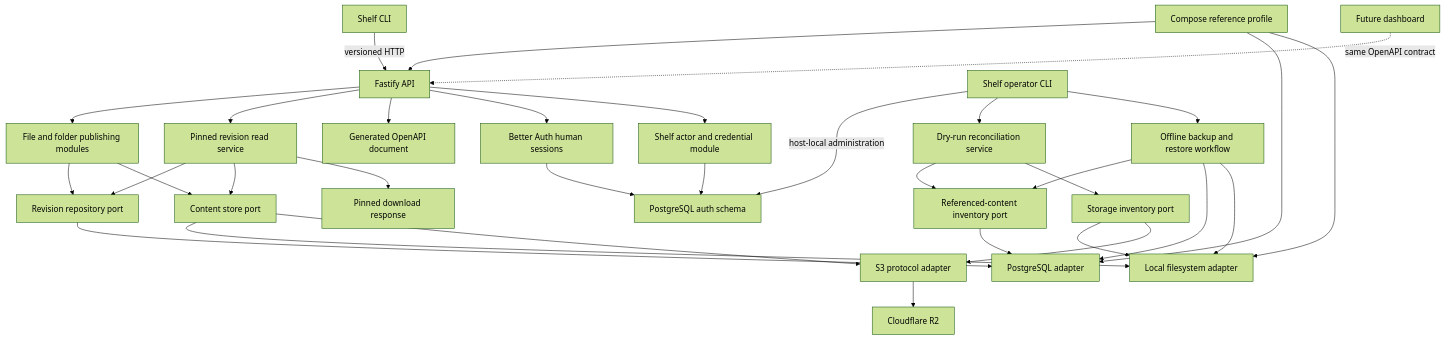
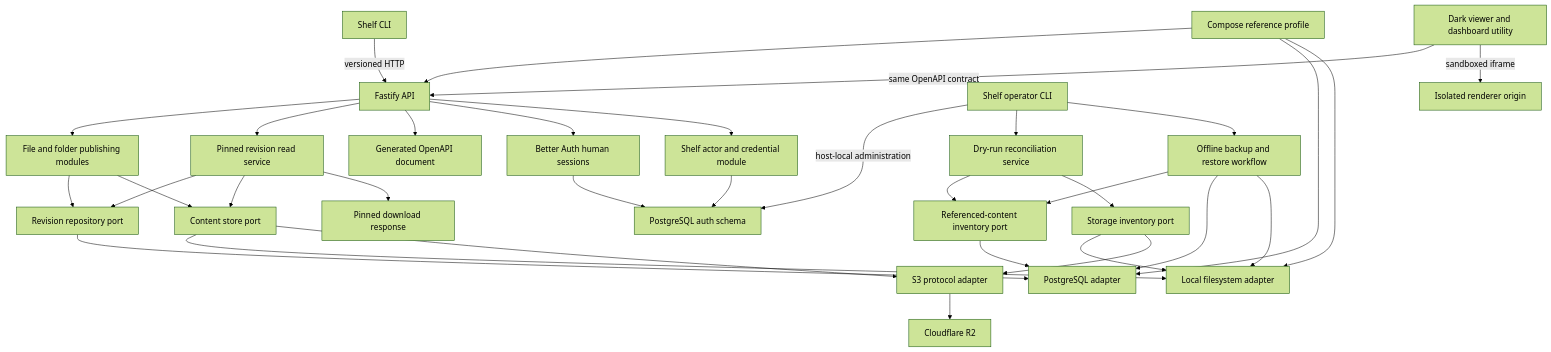
The second of 3 diagrams in docs/plans/2026-08-17-0030-feat-shelf-product-plan.md (amitray007/shelf), drawn with Mermaid (forest theme) before and after one commit. The commit also changed other lines of this file and 1 other file, not shown here.

Commit message:
docs: define secure sharing and dark web roadmap

````diff
--- a/docs/plans/2026-08-17-0030-feat-shelf-product-plan.md
+++ b/docs/plans/2026-08-17-0030-feat-shelf-product-plan.md
@@ -305,35 +307,36 @@
 ```mermaid
 flowchart TB
   CLI[Shelf CLI] -->|versioned HTTP| API[Fastify API]
   ADMIN[Shelf operator CLI] -->|host-local administration| AUTHPG
   ADMIN --> RECON[Dry-run reconciliation service]
   ADMIN --> BACKUP[Offline backup and restore workflow]
   COMPOSE[Compose reference profile] --> API
   COMPOSE --> PG
   COMPOSE --> LOCAL
-  FUTURE[Future dashboard] -.->|same OpenAPI contract| API
+  WEB[Dark viewer and dashboard utility] -->|same OpenAPI contract| API
+  WEB -->|sandboxed iframe| RENDERER[Isolated renderer origin]
   API --> APP[File and folder publishing modules]
   API --> READ[Pinned revision read service]
   APP --> META[Revision repository port]
   APP --> CONTENT[Content store port]
   READ --> META
   READ --> CONTENT
   RECON --> REFS[Referenced-content inventory port]
   RECON --> INVENTORY[Storage inventory port]
   BACKUP --> REFS
   BACKUP --> PG
   BACKUP --> LOCAL
   API --> SPEC[Generated OpenAPI document]
   API --> HUMAN[Better Auth human sessions]
   API --> ACCESS[Shelf actor and credential module]
   HUMAN --> AUTHPG[PostgreSQL auth schema]
   ACCESS --> AUTHPG
   META --> PG[PostgreSQL adapter]
   REFS --> PG
   CONTENT --> LOCAL[Local filesystem adapter]
   CONTENT --> S3[S3 protocol adapter]
   INVENTORY --> LOCAL
   INVENTORY --> S3
   S3 --> R2[Cloudflare R2]
   READ --> DOWNLOAD[Pinned download response]
 ```
````
